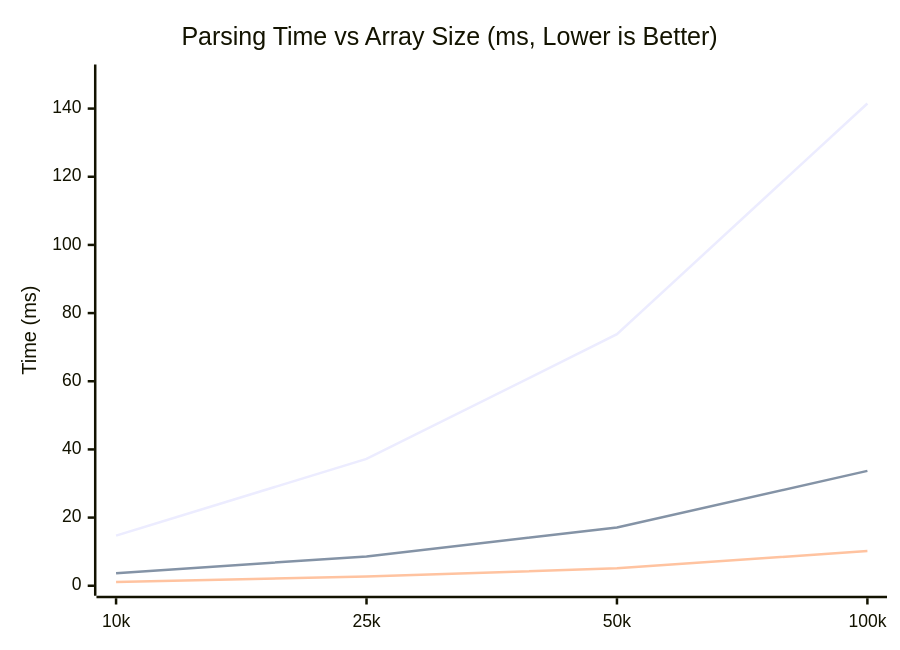
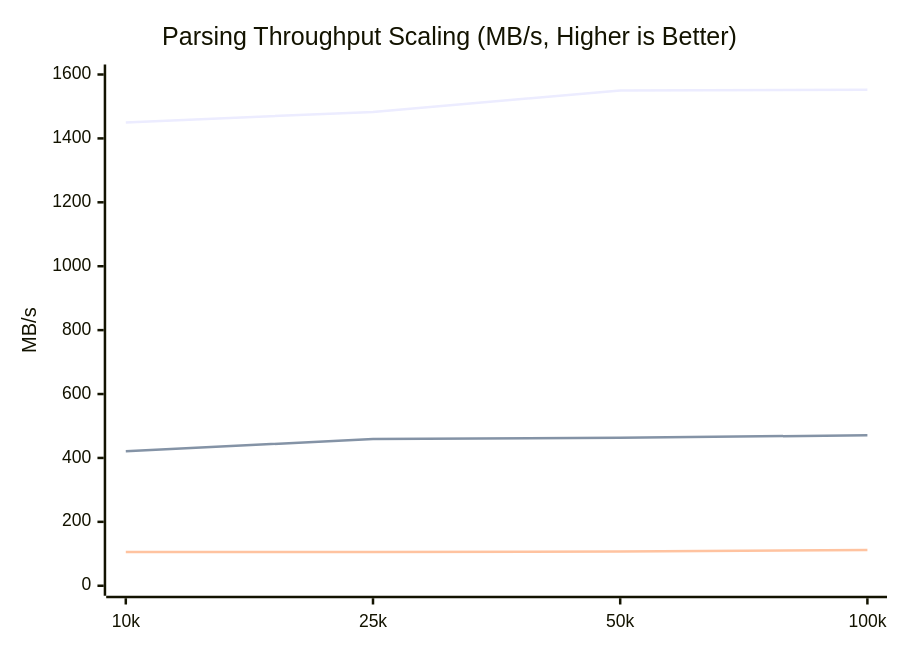
One commit to GenshIv/silentjson changed the second of 5 diagrams in README.md. Above: the diagram before and after it, drawn with Mermaid. The commit also changed other lines of this file, not shown here.

Commit message:
docs: update README benchmarks to reflect throughput (MB/s) instead of latency (ms)

````diff
--- a/README.md
+++ b/README.md
@@ -59,9 +59,9 @@
 ```mermaid
 xychart-beta
-    title "Parsing Time vs Array Size (ms, Lower is Better)"
+    title "Parsing Throughput Scaling (MB/s, Higher is Better)"
     x-axis ["10k", "25k", "50k", "100k"]
-    y-axis "Time (ms)" 0 --> 150
-    line "Standard" [14.7, 37.2, 73.8, 141.5]
-    line "Sonic" [3.7, 8.6, 17.1, 33.7]
-    line "SilentJSON" [1.1, 2.7, 5.1, 10.2]
+    y-axis "MB/s" 0 --> 1600
+    line "SilentJSON" [1450, 1483, 1550, 1552]
+    line "Sonic" [421, 459, 463, 471]
+    line "Standard" [106, 106, 107, 112]
 ```
````
